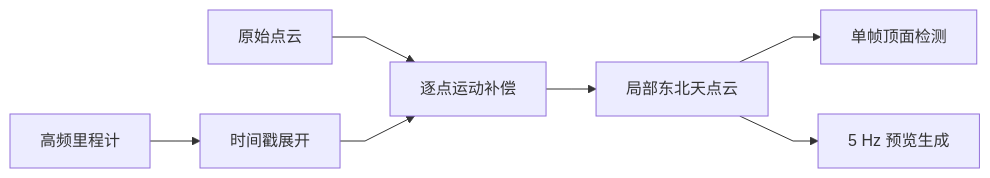
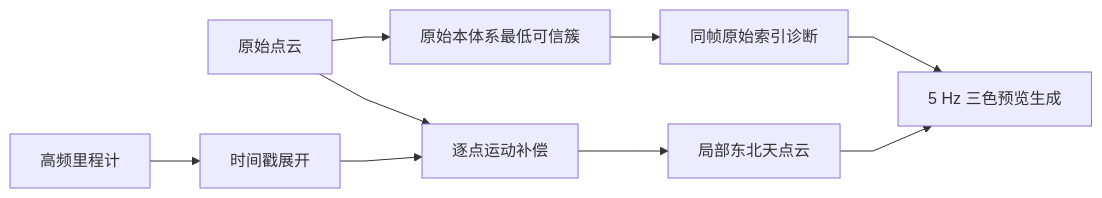
One commit to chuan126/capture_system changed the first of 3 diagrams in docs/architecture/数据流设计.md. Above: the diagram before and after it, drawn with Mermaid. The commit also changed other lines of this file and 106 other files, not shown here.

````diff
--- a/docs/architecture/数据流设计.md
+++ b/docs/architecture/数据流设计.md
@@ -9,15 +9,17 @@
 ```mermaid
 %%{init: {"flowchart": {"curve": "linear"}}}%%
 flowchart LR
     RAW["原始点云"]
     ODOM["高频里程计"]
     ADAPT["时间戳展开"]
     COMP["逐点运动补偿"]
     ENU["局部东北天点云"]
-    CLEAR["单帧顶面检测"]
-    PREVIEW["5 Hz 预览生成"]
+    CLEAR["原始本体系最低可信簇"]
+    DIAG["同帧原始索引诊断"]
+    PREVIEW["5 Hz 三色预览生成"]
+    RAW --> CLEAR --> DIAG
     RAW --> COMP
     ODOM --> ADAPT --> COMP --> ENU
-    ENU --> CLEAR
     ENU --> PREVIEW
+    DIAG --> PREVIEW
 ```
````
